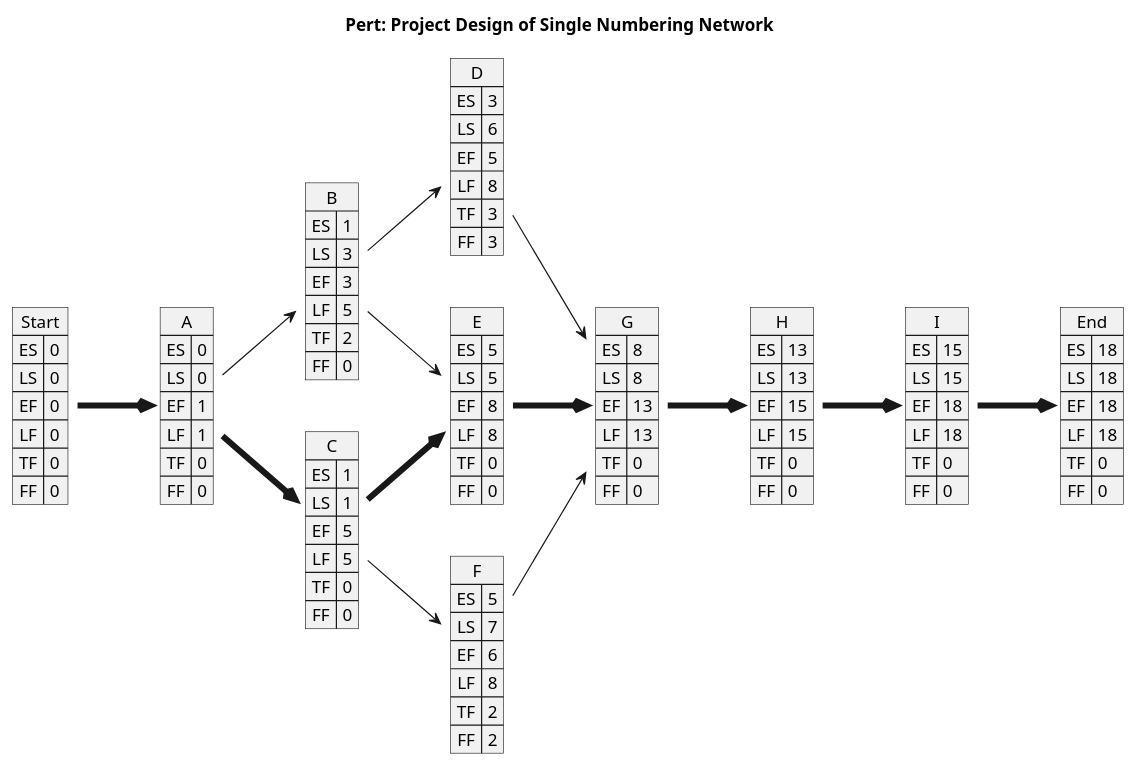
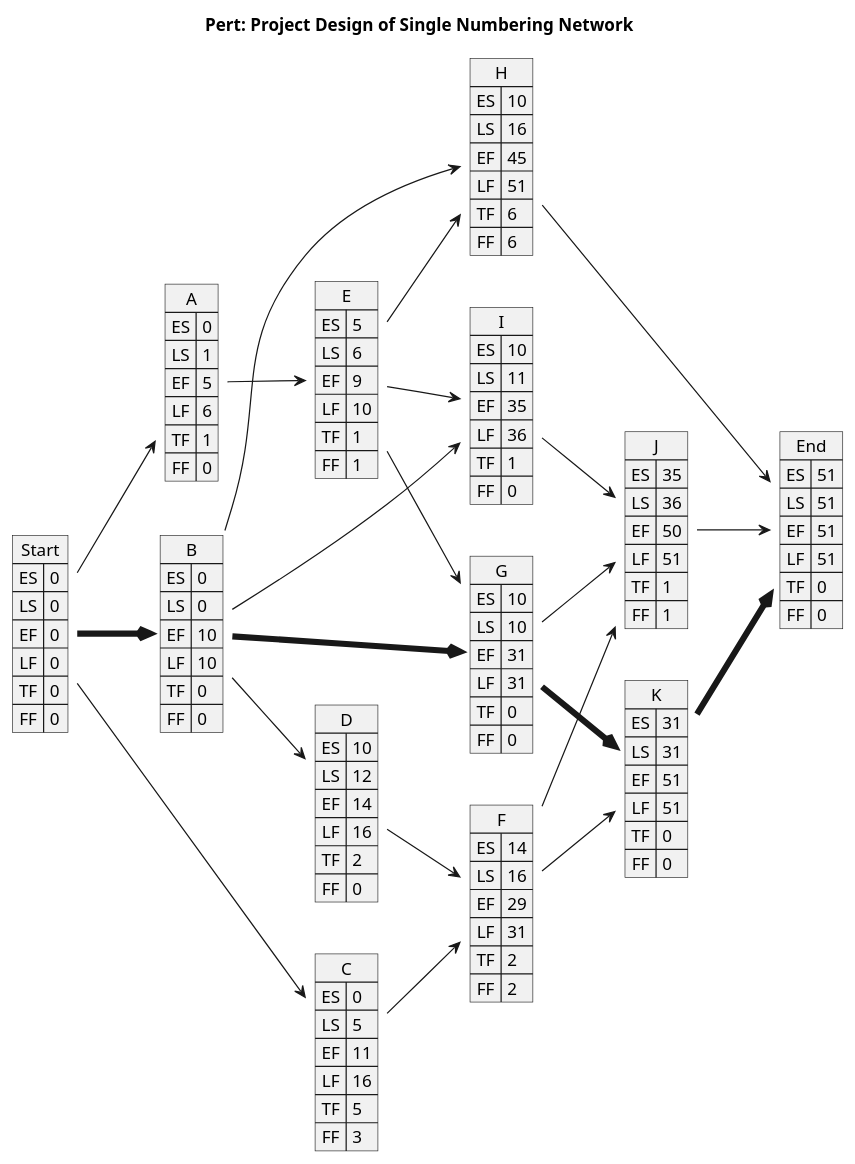
Before and after one commit to SCWM-P/PM_code_LLM_plantuml: the diagram in __temp__/PUML_text_sNN.puml, drawn with PlantUML. The commit also changed 10 other files, not shown here.

```diff
--- a/__temp__/PUML_text_sNN.puml
+++ b/__temp__/PUML_text_sNN.puml
@@ -2,107 +2,131 @@
 @startuml PERT
 left to right direction
 ' Horizontal lines: -->, <--, <-->
 ' Vertical lines: ->, <-, <->
 title Pert: Project Design of Single Numbering Network
 map Start {
     ES => 0
     LS => 0
     EF => 0
     LF => 0
     TF => 0
     FF => 0
 }
 map A {
     ES => 0
+    LS => 1
+    EF => 5
+    LF => 6
+    TF => 1
+    FF => 0
+}
+map B {
+    ES => 0
     LS => 0
-    EF => 1
-    LF => 1
+    EF => 10
+    LF => 10
     TF => 0
     FF => 0
 }
-map B {
-    ES => 1
-    LS => 3
-    EF => 3
-    LF => 5
+map C {
+    ES => 0
+    LS => 5
+    EF => 11
+    LF => 16
+    TF => 5
+    FF => 3
+}
+map D {
+    ES => 10
+    LS => 12
+    EF => 14
+    LF => 16
     TF => 2
     FF => 0
 }
-map C {
-    ES => 1
-    LS => 1
-    EF => 5
-    LF => 5
-    TF => 0
-    FF => 0
-}
-map D {
-    ES => 3
-    LS => 6
-    EF => 5
-    LF => 8
-    TF => 3
-    FF => 3
-}
 map E {
     ES => 5
-    LS => 5
-    EF => 8
-    LF => 8
-    TF => 0
-    FF => 0
+    LS => 6
+    EF => 9
+    LF => 10
+    TF => 1
+    FF => 1
 }
 map F {
-    ES => 5
-    LS => 7
-    EF => 6
-    LF => 8
+    ES => 14
+    LS => 16
+    EF => 29
+    LF => 31
     TF => 2
     FF => 2
 }
 map G {
-    ES => 8
-    LS => 8
-    EF => 13
-    LF => 13
+    ES => 10
+    LS => 10
+    EF => 31
+    LF => 31
     TF => 0
     FF => 0
 }
 map H {
-    ES => 13
-    LS => 13
-    EF => 15
-    LF => 15
-    TF => 0
+    ES => 10
+    LS => 16
+    EF => 45
+    LF => 51
+    TF => 6
+    FF => 6
+}
+map I {
+    ES => 10
+    LS => 11
+    EF => 35
+    LF => 36
+    TF => 1
     FF => 0
 }
-map I {
-    ES => 15
-    LS => 15
-    EF => 18
-    LF => 18
+map J {
+    ES => 35
+    LS => 36
+    EF => 50
+    LF => 51
+    TF => 1
+    FF => 1
+}
+map K {
+    ES => 31
+    LS => 31
+    EF => 51
+    LF => 51
     TF => 0
     FF => 0
 }
 map End {
-    ES => 18
-    LS => 18
-    EF => 18
-    LF => 18
+    ES => 51
+    LS => 51
+    EF => 51
+    LF => 51
     TF => 0
     FF => 0
 }
-Start -[thickness=5]-> A
-A --> B
-A -[thickness=5]-> C
+Start --> A
+Start -[thickness=5]-> B
+Start --> C
 B --> D
-B --> E
-C -[thickness=5]-> E
+A --> E
 C --> F
-D --> G
-E -[thickness=5]-> G
-F --> G
-G -[thickness=5]-> H
-H -[thickness=5]-> I
-I -[thickness=5]-> End
+D --> F
+B -[thickness=5]-> G
+E --> G
+B --> H
+E --> H
+B --> I
+E --> I
+F --> J
+G --> J
+I --> J
+F --> K
+G -[thickness=5]-> K
+H --> End
+J --> End
+K -[thickness=5]-> End
 @enduml
```
